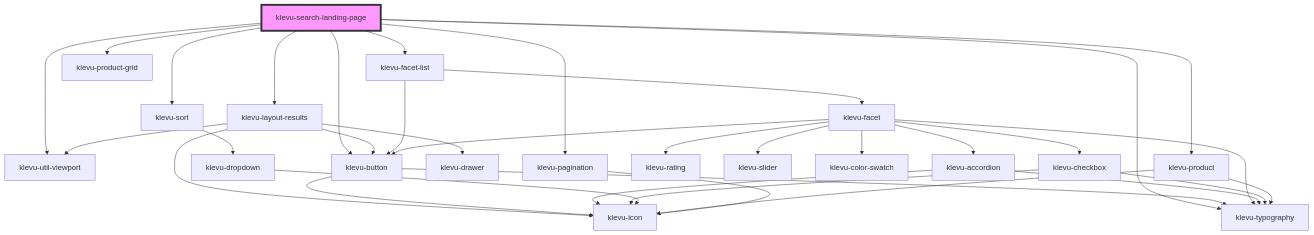
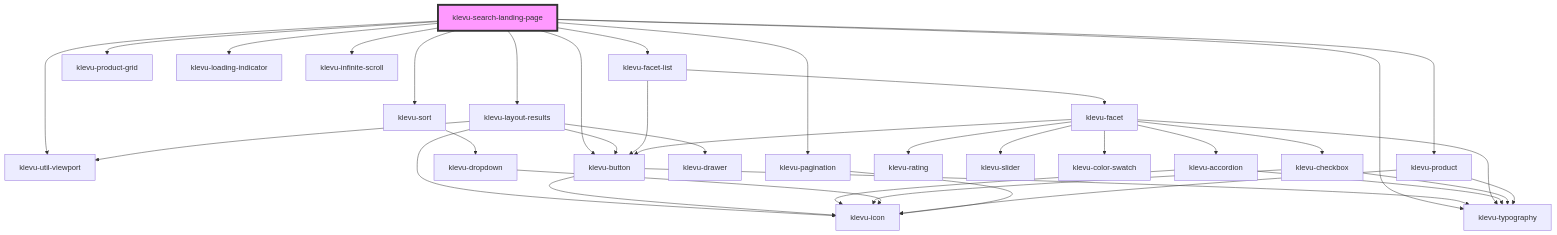
One commit to klevultd/frontend-sdk changed the diagram in packages/klevu-ui/src/components/klevu-search-landing-page/readme.md. Above: the diagram before and after it, drawn with Mermaid. The commit also changed other lines of this file and 24 other files, not shown here.

````diff
--- a/packages/klevu-ui/src/components/klevu-search-landing-page/readme.md
+++ b/packages/klevu-ui/src/components/klevu-search-landing-page/readme.md
@@ -56,37 +59,39 @@
 ```mermaid
 graph TD;
   klevu-search-landing-page --> klevu-util-viewport
   klevu-search-landing-page --> klevu-layout-results
   klevu-search-landing-page --> klevu-facet-list
   klevu-search-landing-page --> klevu-typography
   klevu-search-landing-page --> klevu-sort
   klevu-search-landing-page --> klevu-product-grid
   klevu-search-landing-page --> klevu-product
+  klevu-search-landing-page --> klevu-loading-indicator
+  klevu-search-landing-page --> klevu-infinite-scroll
   klevu-search-landing-page --> klevu-pagination
   klevu-search-landing-page --> klevu-button
   klevu-layout-results --> klevu-util-viewport
   klevu-layout-results --> klevu-button
   klevu-layout-results --> klevu-icon
   klevu-layout-results --> klevu-drawer
   klevu-button --> klevu-icon
   klevu-button --> klevu-typography
   klevu-facet-list --> klevu-facet
   klevu-facet-list --> klevu-button
   klevu-facet --> klevu-accordion
   klevu-facet --> klevu-rating
   klevu-facet --> klevu-typography
   klevu-facet --> klevu-slider
   klevu-facet --> klevu-color-swatch
   klevu-facet --> klevu-checkbox
   klevu-facet --> klevu-button
   klevu-accordion --> klevu-typography
   klevu-accordion --> klevu-icon
   klevu-checkbox --> klevu-icon
   klevu-checkbox --> klevu-typography
   klevu-sort --> klevu-dropdown
   klevu-dropdown --> klevu-icon
   klevu-product --> klevu-icon
   klevu-product --> klevu-typography
   klevu-pagination --> klevu-icon
   style klevu-search-landing-page fill:#f9f,stroke:#333,stroke-width:4px
 ```
````
